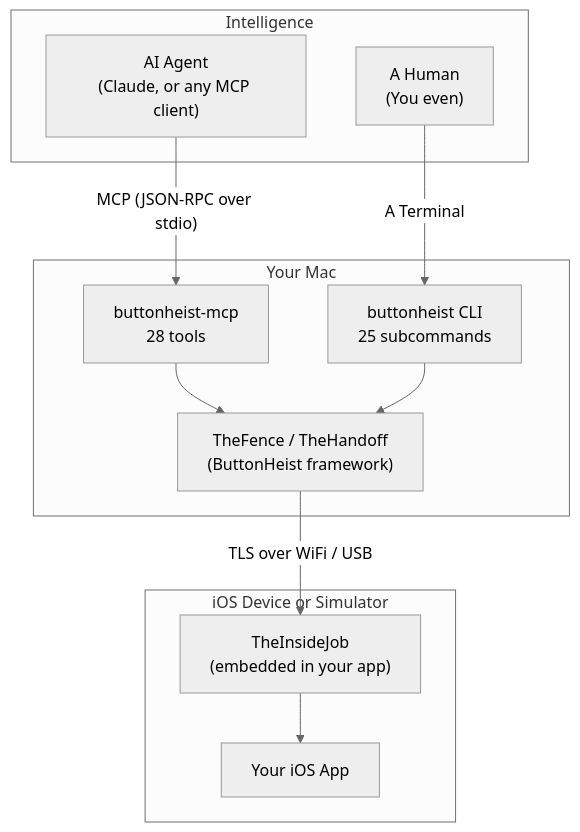
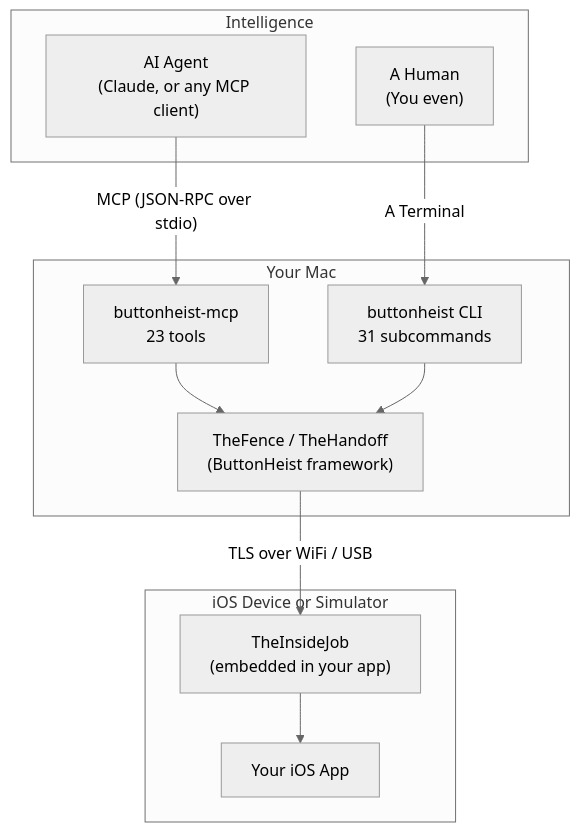
Before and after one commit to RoyalPineapple/TheButtonHeist: the diagram in README.md, drawn with Mermaid (neutral theme). The commit also changed other lines of this file, not shown here.

````diff
--- a/README.md
+++ b/README.md
@@ -293,34 +298,34 @@
 ```mermaid
 %% If you can read this, the diagram isn't rendering. Try github.com in a browser.
 graph TD
     AI["AI Agent<br/>(Claude, or any MCP client)"]
     HUMAN["A Human<br/>(You even)"]
-    MCP["buttonheist-mcp<br/>28 tools"]
-    CLI["buttonheist CLI<br/>25 subcommands"]
+    MCP["buttonheist-mcp<br/>23 tools"]
+    CLI["buttonheist CLI<br/>31 subcommands"]
     Client["TheFence / TheHandoff<br/>(ButtonHeist framework)"]
     IJ["TheInsideJob<br/>(embedded in your app)"]
     App["Your iOS App"]
 
     AI -->|"MCP (JSON-RPC over stdio)"| MCP
     MCP --> Client
     HUMAN -->|"A Terminal"| CLI
     CLI --> Client
     Client -->|"TLS over WiFi / USB"| IJ
     IJ --> App
 
     subgraph Intelligence["Intelligence"]
         HUMAN
         AI
     end
 
     subgraph Mac["Your Mac"]
         MCP
         CLI
         Client
     end
 
     subgraph Device["iOS Device or Simulator"]
         IJ
         App
     end
 ```
````
